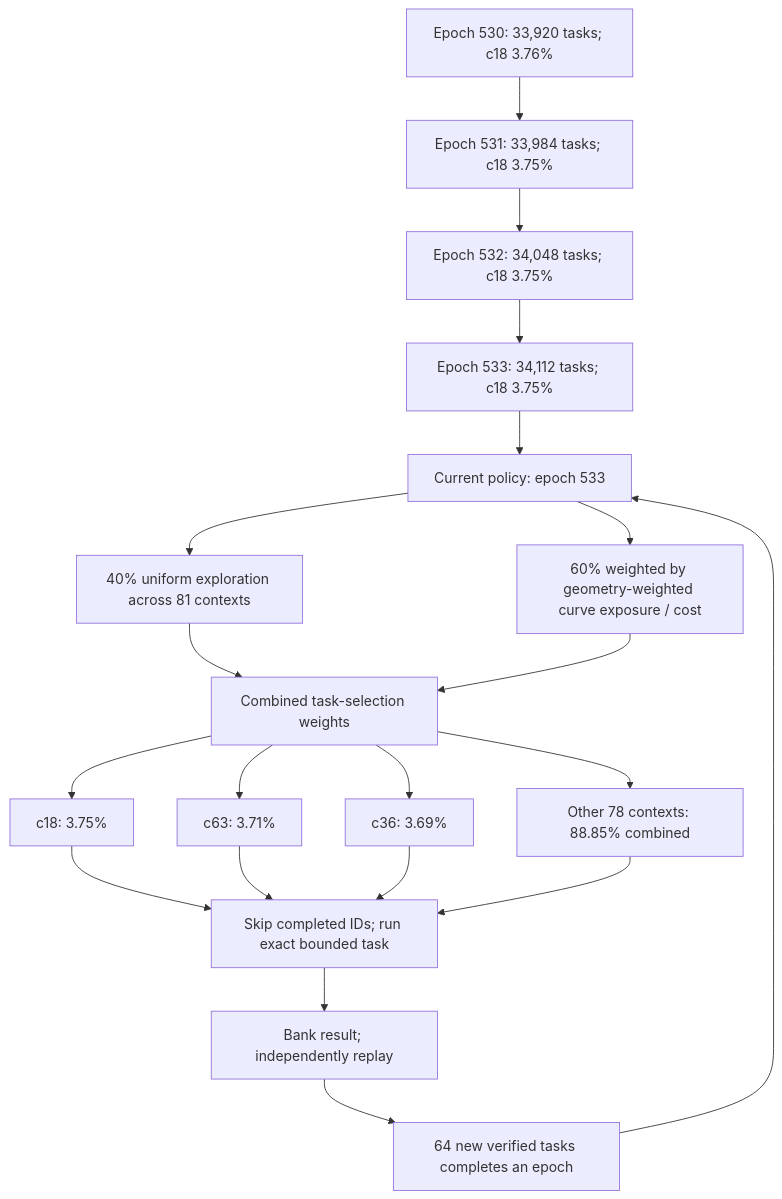
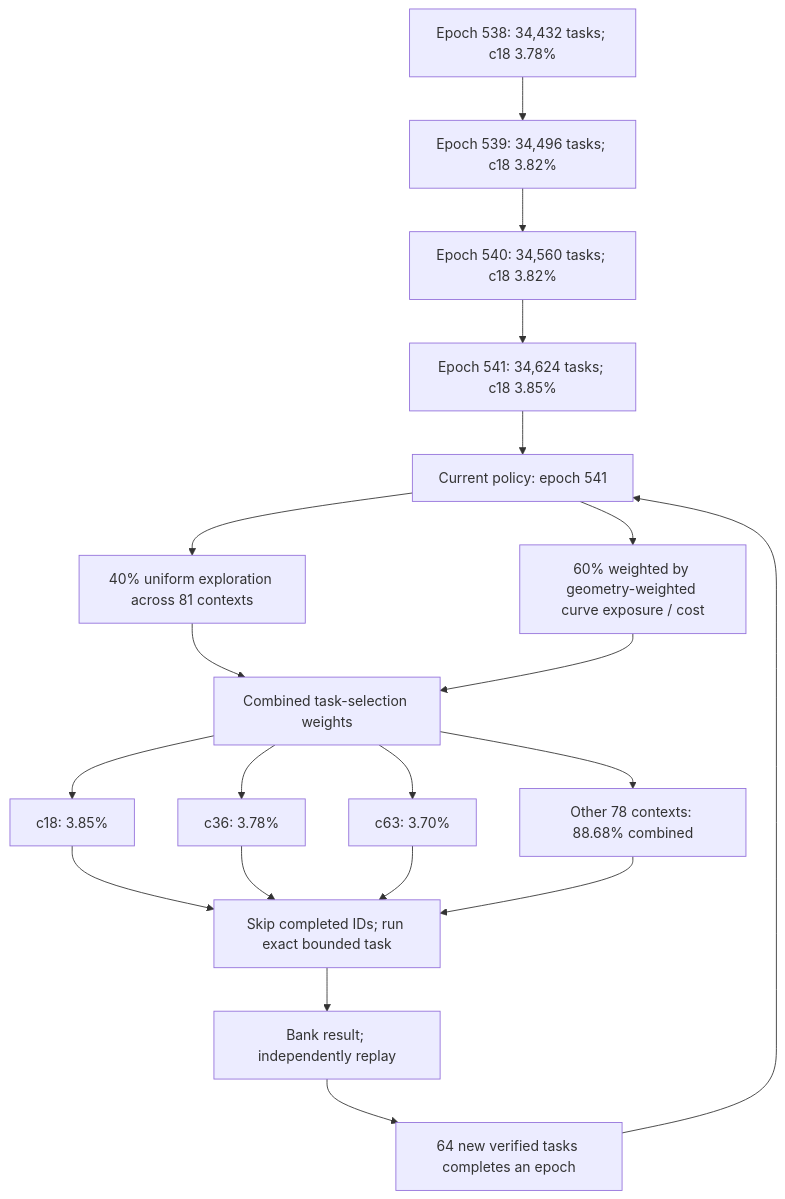
One commit to Kuberwastaken/math-gambling changed the first of 3 diagrams in README.md. Above: the diagram before and after it, drawn with Mermaid. The commit also changed other lines of this file and 1142 other files, not shown here.

````diff
--- a/README.md
+++ b/README.md
@@ -55,27 +55,27 @@
 ```mermaid
 flowchart TD
-    H0["Epoch 530: 33,920 tasks; c18 3.76%"]
-    H1["Epoch 531: 33,984 tasks; c18 3.75%"]
+    H0["Epoch 538: 34,432 tasks; c18 3.78%"]
+    H1["Epoch 539: 34,496 tasks; c18 3.82%"]
     H0 --> H1
-    H2["Epoch 532: 34,048 tasks; c18 3.75%"]
+    H2["Epoch 540: 34,560 tasks; c18 3.82%"]
     H1 --> H2
-    H3["Epoch 533: 34,112 tasks; c18 3.75%"]
+    H3["Epoch 541: 34,624 tasks; c18 3.85%"]
     H2 --> H3
-    Policy["Current policy: epoch 533"]
+    Policy["Current policy: epoch 541"]
     H3 --> Policy
     Policy --> Explore["40% uniform exploration across 81 contexts"]
     Policy --> Cost["60% weighted by geometry-weighted curve exposure / cost"]
     Explore --> Mix["Combined task-selection weights"]
     Cost --> Mix
-    Mix --> C0["c18: 3.75%"]
-    Mix --> C1["c63: 3.71%"]
-    Mix --> C2["c36: 3.69%"]
-    Mix --> Rest["Other 78 contexts: 88.85% combined"]
+    Mix --> C0["c18: 3.85%"]
+    Mix --> C1["c36: 3.78%"]
+    Mix --> C2["c63: 3.70%"]
+    Mix --> Rest["Other 78 contexts: 88.68% combined"]
     C0 --> Check["Skip completed IDs; run exact bounded task"]
     C1 --> Check
     C2 --> Check
     Rest --> Check
     Check --> Replay["Bank result; independently replay"]
     Replay --> Gate["64 new verified tasks completes an epoch"]
     Gate --> Policy
 ```
````
